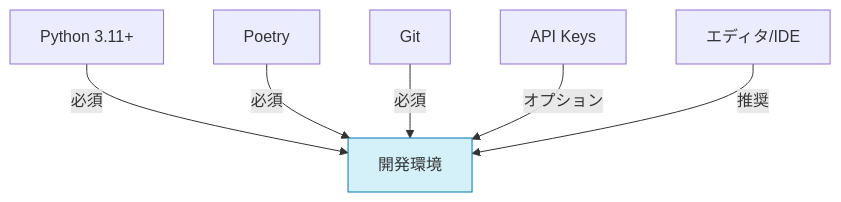
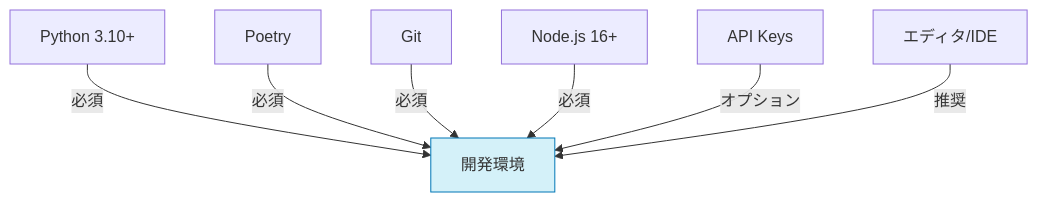
The first of 2 diagrams in docs/DEVELOPMENT_SETUP.md (NewAITees/FableMaze), drawn with Mermaid before and after one commit. The commit also changed other lines of this file and 6 other files, not shown here.

````diff
--- a/docs/DEVELOPMENT_SETUP.md
+++ b/docs/DEVELOPMENT_SETUP.md
@@ -16,10 +17,11 @@
 ```mermaid
 graph TD
-    A[Python 3.11+] -->|必須| D[開発環境]
+    A[Python 3.10+] -->|必須| D[開発環境]
     B[Poetry] -->|必須| D
     C[Git] -->|必須| D
-    E[API Keys] -->|オプション| D
-    F[エディタ/IDE] -->|推奨| D
+    E[Node.js 16+] -->|必須| D
+    F[API Keys] -->|オプション| D
+    G[エディタ/IDE] -->|推奨| D
     
     style D fill:#d4f1f9,stroke:#0077b6
 ```
````
